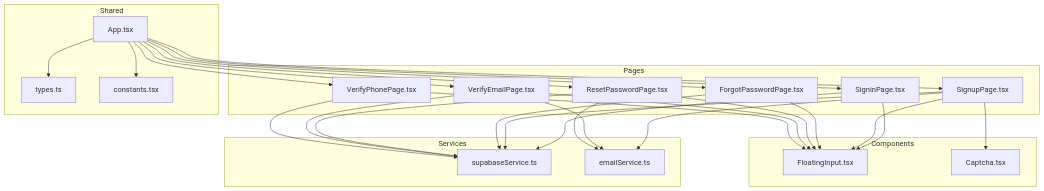
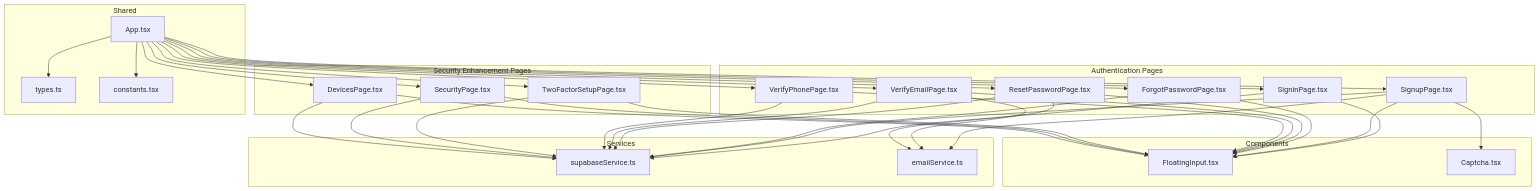
One commit to zpria/ACCOUND-ZPRIA changed the first of 9 diagrams in .qoder/repowiki/en/content/Page Components/Authentication Pages.md. Above: the diagram before and after it, drawn with Mermaid. The commit also changed other lines of this file and 12 other files, not shown here.

````diff
--- a/.qoder/repowiki/en/content/Page Components/Authentication Pages.md
+++ b/.qoder/repowiki/en/content/Page Components/Authentication Pages.md
@@ -37,48 +49,62 @@
 ```mermaid
 graph TB
-subgraph "Pages"
+subgraph "Authentication Pages"
 SignIn["SigninPage.tsx"]
 SignUp["SignupPage.tsx"]
 Forgot["ForgotPasswordPage.tsx"]
 Reset["ResetPasswordPage.tsx"]
 VerifyEmail["VerifyEmailPage.tsx"]
 VerifyPhone["VerifyPhonePage.tsx"]
+end
+subgraph "Security Enhancement Pages"
+TwoFactorSetup["TwoFactorSetupPage.tsx"]
+Security["SecurityPage.tsx"]
+Devices["DevicesPage.tsx"]
 end
 subgraph "Components"
 FloatInput["FloatingInput.tsx"]
 Captcha["Captcha.tsx"]
 end
 subgraph "Services"
 Supabase["supabaseService.ts"]
 Email["emailService.ts"]
 end
 subgraph "Shared"
 Types["types.ts"]
 Constants["constants.tsx"]
 App["App.tsx"]
 end
 App --> SignIn
 App --> SignUp
 App --> Forgot
 App --> Reset
 App --> VerifyEmail
 App --> VerifyPhone
+App --> TwoFactorSetup
+App --> Security
+App --> Devices
 SignIn --> Supabase
 SignUp --> Supabase
 Forgot --> Supabase
 Reset --> Supabase
 VerifyEmail --> Supabase
 VerifyPhone --> Supabase
+TwoFactorSetup --> Supabase
+Security --> Supabase
+Devices --> Supabase
 SignUp --> Email
 VerifyEmail --> Email
 Reset --> Email
 SignIn --> FloatInput
 SignUp --> FloatInput
 Forgot --> FloatInput
 Reset --> FloatInput
 VerifyEmail --> FloatInput
 VerifyPhone --> FloatInput
+TwoFactorSetup --> FloatInput
+Security --> FloatInput
+Devices --> FloatInput
 SignUp --> Captcha
 App --> Types
 App --> Constants
 ```
````
